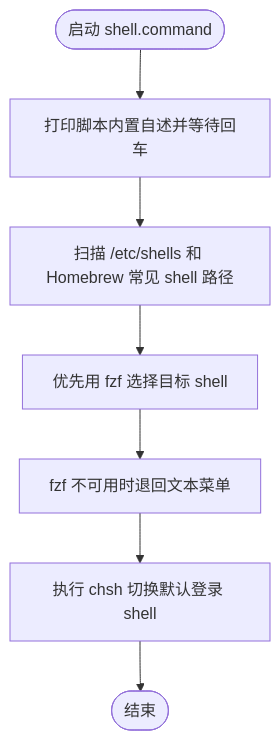
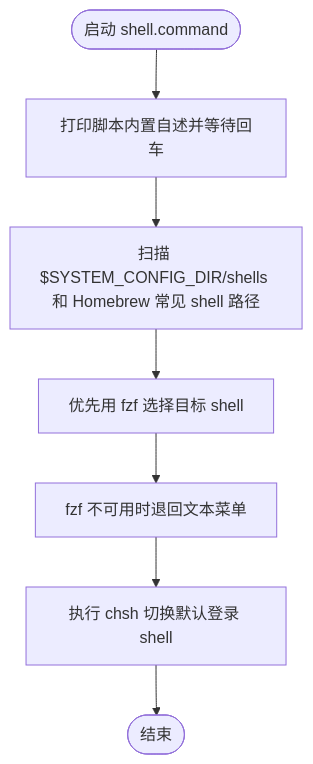
One commit to JobsKits/JobsMacEnvVarConfig changed the diagram in scripts/shell.command/README.md. Above: the diagram before and after it, drawn with Mermaid. The commit also changed other lines of this file and 48 other files, not shown here.

````diff
--- a/scripts/shell.command/README.md
+++ b/scripts/shell.command/README.md
@@ -43,16 +43,16 @@
 ```mermaid
 flowchart TD
     A([启动 shell.command])
     B[打印脚本内置自述并等待回车]
     A --> B
-    C[扫描 /etc/shells 和 Homebrew 常见 shell 路径]
+    C[扫描 $SYSTEM_CONFIG_DIR/shells 和 Homebrew 常见 shell 路径]
     B --> C
     D[优先用 fzf 选择目标 shell]
     C --> D
     E[fzf 不可用时退回文本菜单]
     D --> E
     F[执行 chsh 切换默认登录 shell]
     E --> F
     G([结束])
     F --> G
 ```
````
